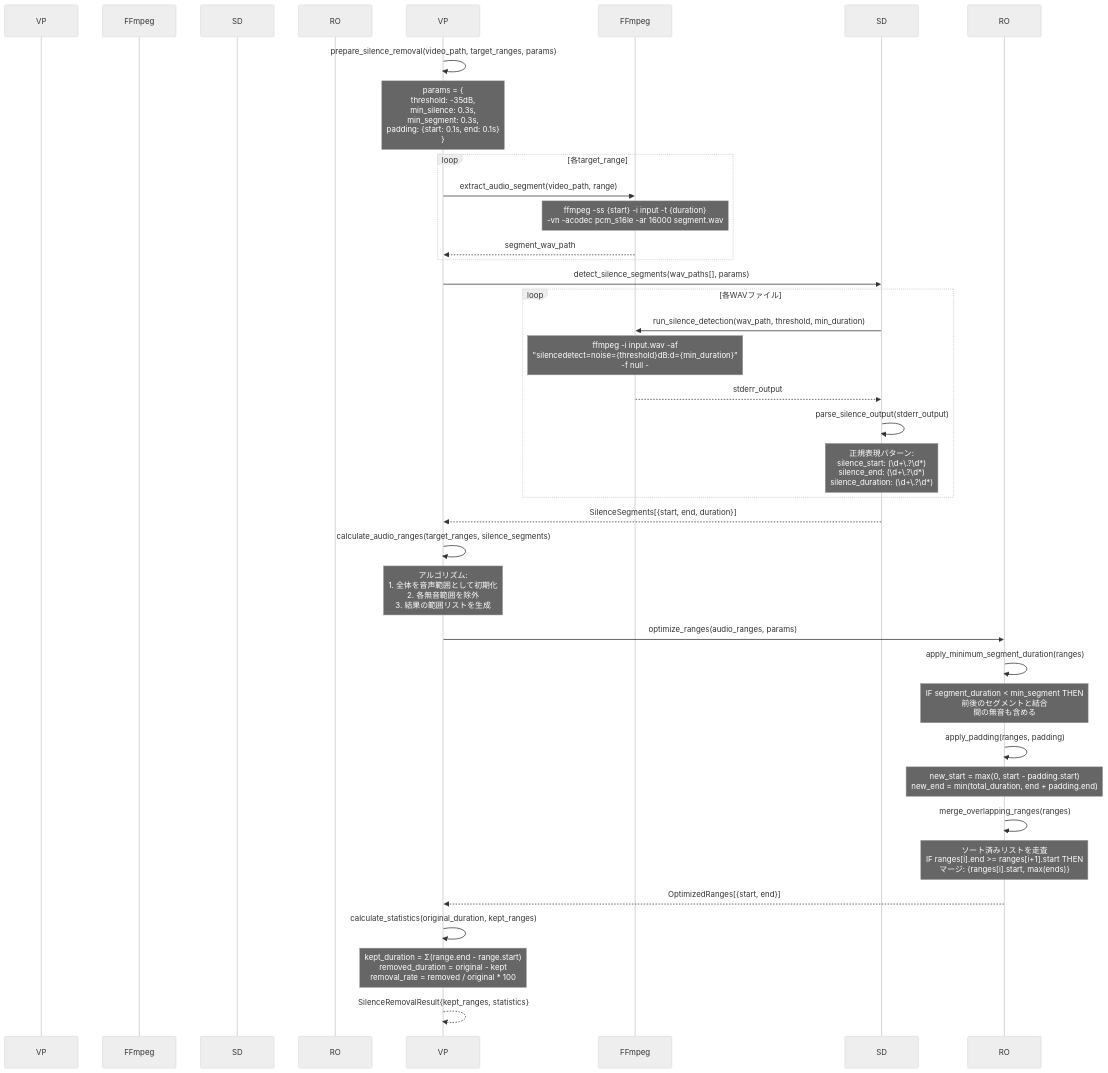
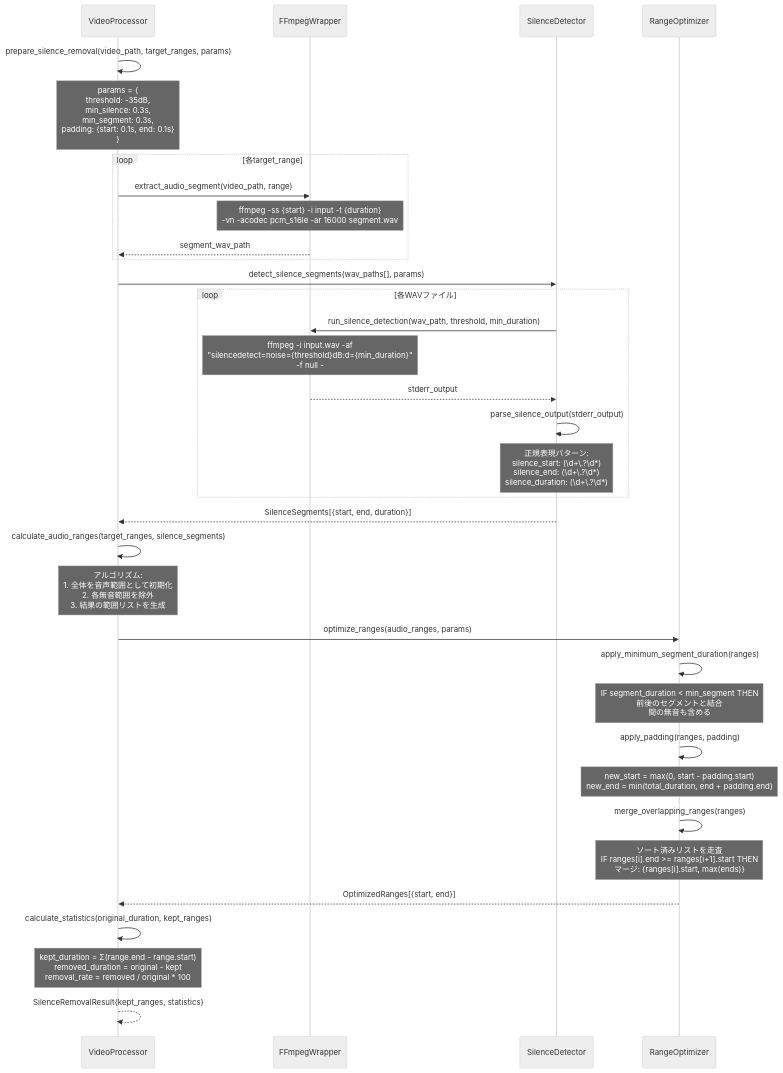
The third of 3 diagrams in docs/detailed_design_specification_v3.md (Coidemo/TextffCut), drawn with Mermaid (neutral theme) before and after one commit. The commit also changed other lines of this file, not shown here.

First line of the commit message:
fix: シーケンス図のアクター重複表示を修正

````diff
--- a/docs/detailed_design_specification_v3.md
+++ b/docs/detailed_design_specification_v3.md
@@ -255,56 +256,56 @@
 ```mermaid
 sequenceDiagram
-    participant VideoProcessor as VP
-    participant FFmpegWrapper as FFmpeg
-    participant SilenceDetector as SD
-    participant RangeOptimizer as RO
+    participant VP as VideoProcessor
+    participant FFmpeg as FFmpegWrapper
+    participant SD as SilenceDetector
+    participant RO as RangeOptimizer
     
     VP->>VP: prepare_silence_removal(video_path, target_ranges, params)
     Note over VP: params = {<br/>  threshold: -35dB,<br/>  min_silence: 0.3s,<br/>  min_segment: 0.3s,<br/>  padding: {start: 0.1s, end: 0.1s}<br/>}
     
     %% 音声データ抽出
     loop 各target_range
         VP->>FFmpeg: extract_audio_segment(video_path, range)
         Note over FFmpeg: ffmpeg -ss {start} -i input -t {duration}<br/>-vn -acodec pcm_s16le -ar 16000 segment.wav
         FFmpeg-->>VP: segment_wav_path
     end
     
     %% 無音検出
     VP->>SD: detect_silence_segments(wav_paths[], params)
     
     loop 各WAVファイル
         SD->>FFmpeg: run_silence_detection(wav_path, threshold, min_duration)
         Note over FFmpeg: ffmpeg -i input.wav -af<br/>"silencedetect=noise={threshold}dB:d={min_duration}"<br/>-f null -
         
         FFmpeg-->>SD: stderr_output
         
         SD->>SD: parse_silence_output(stderr_output)
         Note over SD: 正規表現パターン:<br/>silence_start: (\d+\.?\d*)<br/>silence_end: (\d+\.?\d*)<br/>silence_duration: (\d+\.?\d*)
     end
     
     SD-->>VP: SilenceSegments[{start, end, duration}]
     
     %% 音声範囲の計算
     VP->>VP: calculate_audio_ranges(target_ranges, silence_segments)
     Note over VP: アルゴリズム:<br/>1. 全体を音声範囲として初期化<br/>2. 各無音範囲を除外<br/>3. 結果の範囲リストを生成
     
     %% 範囲の最適化
     VP->>RO: optimize_ranges(audio_ranges, params)
     
     RO->>RO: apply_minimum_segment_duration(ranges)
     Note over RO: IF segment_duration < min_segment THEN<br/>  前後のセグメントと結合<br/>  間の無音も含める
     
     RO->>RO: apply_padding(ranges, padding)
     Note over RO: new_start = max(0, start - padding.start)<br/>new_end = min(total_duration, end + padding.end)
     
     RO->>RO: merge_overlapping_ranges(ranges)
     Note over RO: ソート済みリストを走査<br/>IF ranges[i].end >= ranges[i+1].start THEN<br/>  マージ: {ranges[i].start, max(ends)}
     
     RO-->>VP: OptimizedRanges[{start, end}]
     
     %% 統計情報の計算
     VP->>VP: calculate_statistics(original_duration, kept_ranges)
     Note over VP: kept_duration = Σ(range.end - range.start)<br/>removed_duration = original - kept<br/>removal_rate = removed / original * 100
     
     VP-->>VP: SilenceRemovalResult{kept_ranges, statistics}
 ```
````
